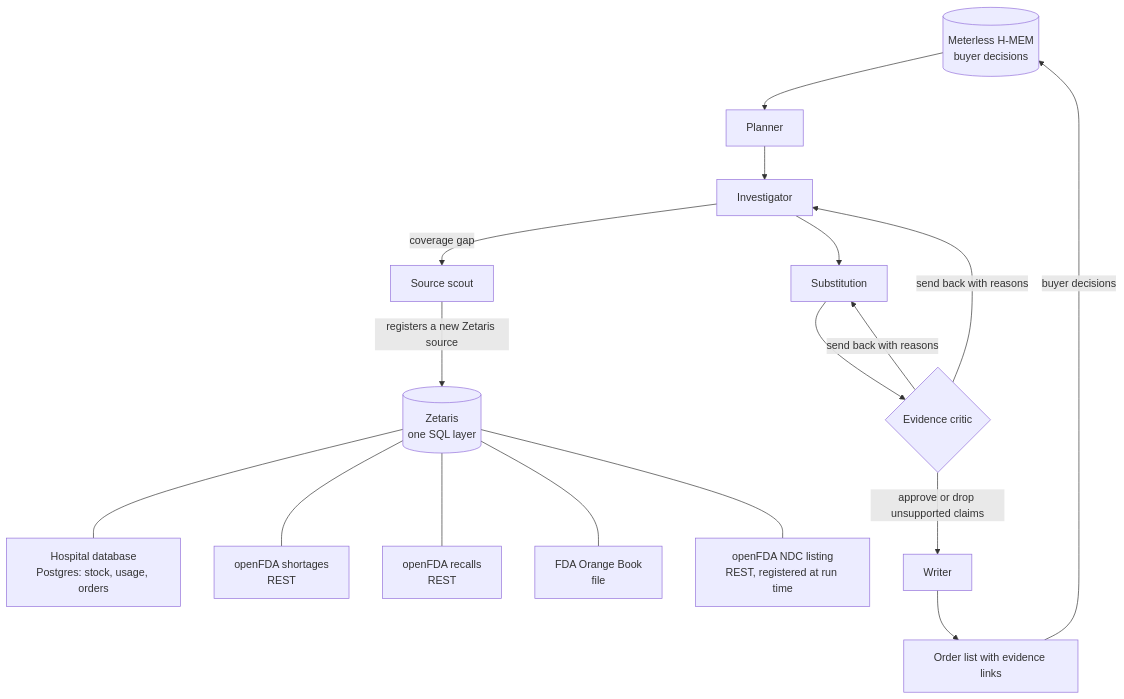
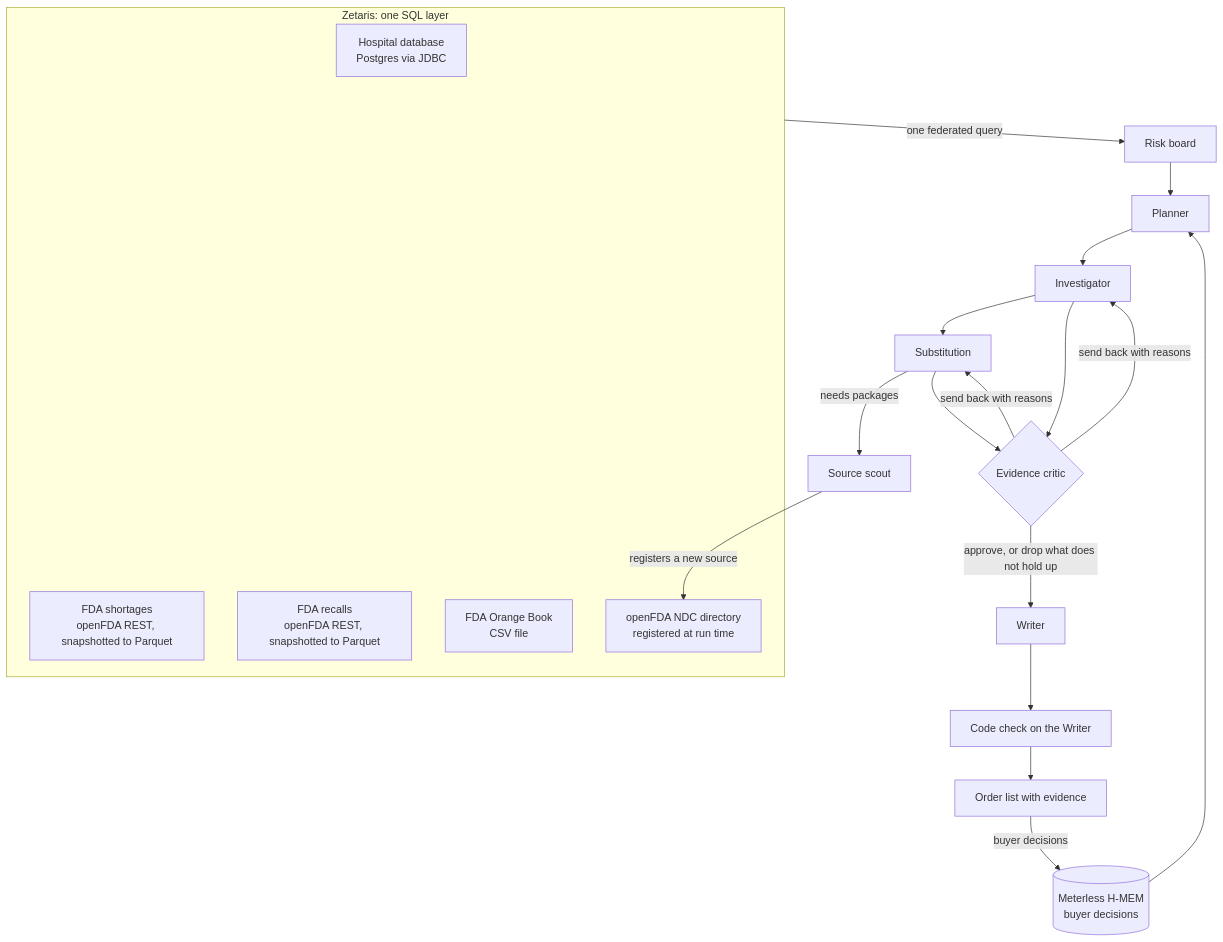
Before and after one commit to tahcin/shortage-watch: the diagram in README.md, drawn with Mermaid. The commit also changed other lines of this file and 4 other files, not shown here.

Commit message:
DEA field fallback in the scout; scout runs for every supply problem; substitutes only for short-with-under-30-days or recalled; precise 'available' wording; README rewritten to match the code

````diff
--- a/README.md
+++ b/README.md
@@ -24,19 +17,25 @@
 ```mermaid
 flowchart TD
-    S[(Zetaris<br/>one SQL layer)] --- H[Hospital database<br/>Postgres: stock, usage, orders]
-    S --- F1[openFDA shortages<br/>REST]
-    S --- F2[openFDA recalls<br/>REST]
-    S --- OB[FDA Orange Book<br/>file]
-    S --- N[openFDA NDC listing<br/>REST, registered at run time]
+    subgraph Z[Zetaris: one SQL layer]
+      H[Hospital database<br/>Postgres via JDBC]
+      F1[FDA shortages<br/>openFDA REST, snapshotted to Parquet]
+      F2[FDA recalls<br/>openFDA REST, snapshotted to Parquet]
+      OB[FDA Orange Book<br/>CSV file]
+      N[openFDA NDC directory<br/>registered at run time]
+    end
+    Z -->|one federated query| RB[Risk board]
     M[(Meterless H-MEM<br/>buyer decisions)] --> P
-    P[Planner] --> I[Investigator]
-    I -->|coverage gap| SC[Source scout]
-    SC -->|registers a new Zetaris source| S
+    RB --> P[Planner]
+    P --> I[Investigator]
     I --> SU[Substitution]
+    SU -->|needs packages| SC[Source scout]
+    SC -->|registers a new source| N
     SU --> C{Evidence critic}
+    I --> C
     C -->|send back with reasons| I
     C -->|send back with reasons| SU
-    C -->|approve or drop unsupported claims| W[Writer]
-    W --> O[Order list with evidence links]
+    C -->|approve, or drop what does not hold up| W[Writer]
+    W --> G[Code check on the Writer]
+    G --> O[Order list with evidence]
     O -->|buyer decisions| M
 ```
````
